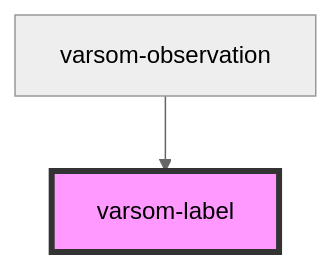
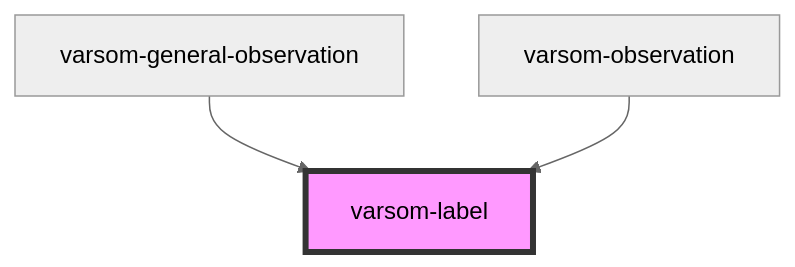
One commit to NVE/varsom-observation changed the diagram in observasjonskort/src/components/varsom-label/readme.md. Above: the diagram before and after it, drawn with Mermaid (neutral theme). The commit also changed other lines of this file and 6 other files, not shown here.

Commit message:
updated general observation component

````diff
--- a/observasjonskort/src/components/varsom-label/readme.md
+++ b/observasjonskort/src/components/varsom-label/readme.md
@@ -22,5 +23,6 @@
 ```mermaid
 graph TD;
+  varsom-general-observation --> varsom-label
   varsom-observation --> varsom-label
   style varsom-label fill:#f9f,stroke:#333,stroke-width:4px
 ```
````
